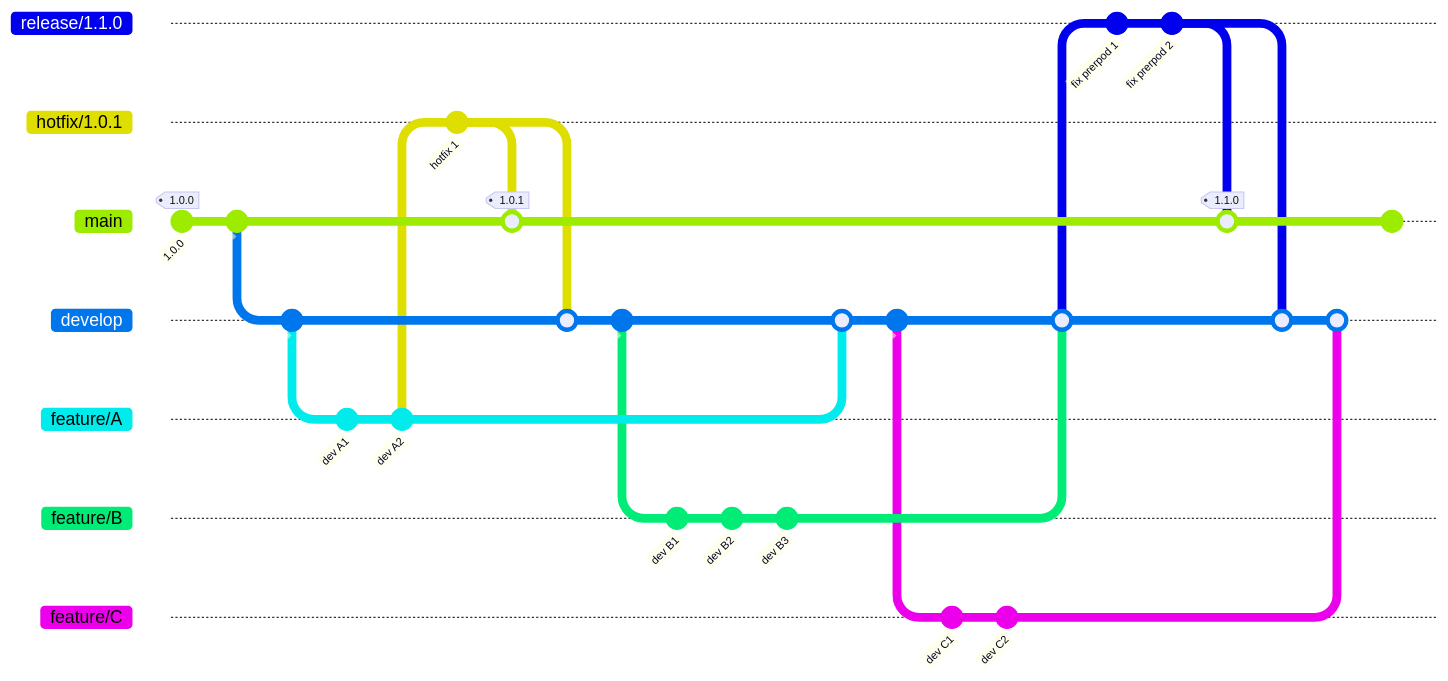
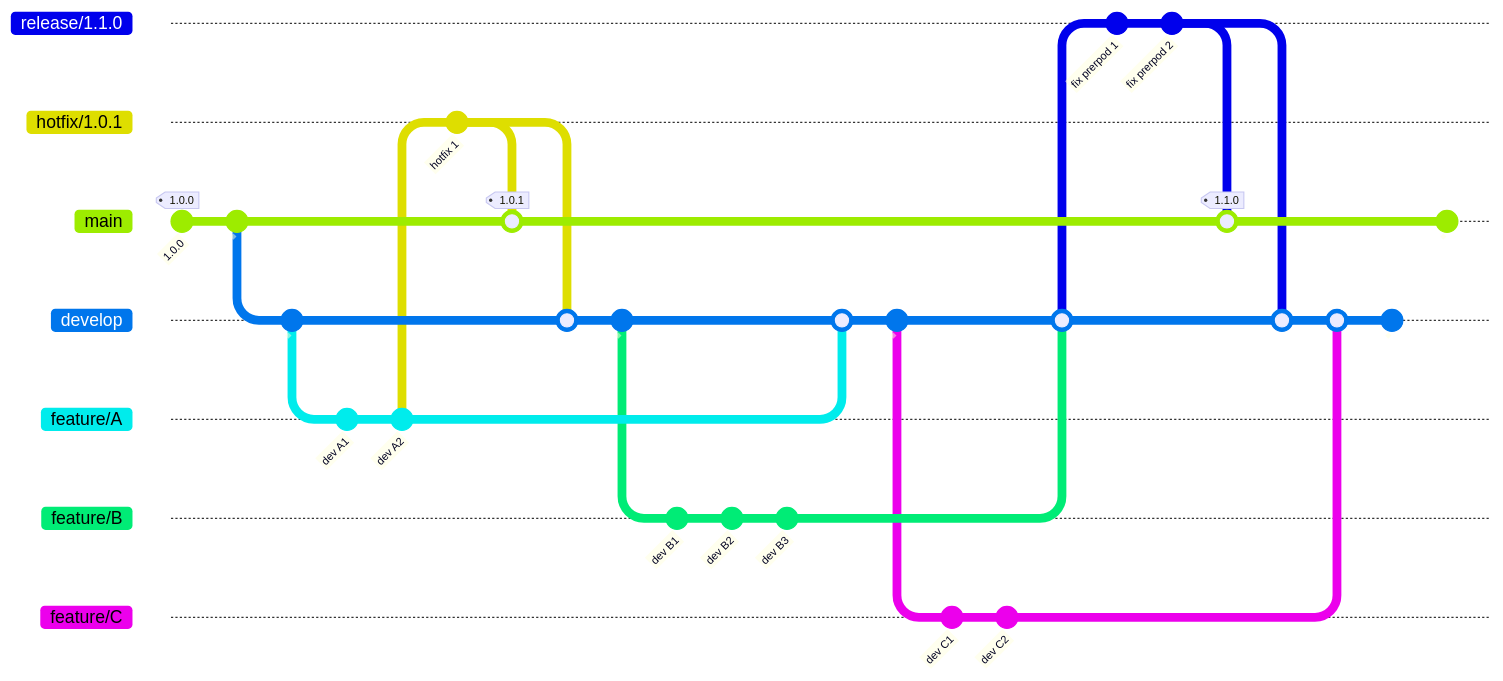
Before and after one commit to Zeguym/DotnetWorkshop: the first of 2 diagrams in docs/process/GitFlowAvh.md, drawn with Mermaid. The commit also changed other lines of this file, not shown here.

````diff
--- a/docs/process/GitFlowAvh.md
+++ b/docs/process/GitFlowAvh.md
@@ -52,58 +52,59 @@
 ```mermaid
 ---
 config:
   gitGraph:
     mainBranchOrder: 2
 ---
       gitGraph
          commit id:"1.0.0" tag:"1.0.0"
          commit id:"   "
          branch develop order: 3
          checkout develop
          commit id:"  "
          branch feature/A order: 4
          commit id:"dev A1"
          commit id:"dev A2"
          
          branch hotfix/1.0.1 order: 1
          commit id:"hotfix 1"
 
          checkout main
          merge hotfix/1.0.1  tag:"1.0.1"
          
          checkout develop
          merge hotfix/1.0.1 
         commit id:"    "
          checkout develop
          branch feature/B order: 5
          commit id:"dev B1"
          commit id:"dev B2"
          commit id:"dev B3"
          
          checkout develop
          merge feature/A
                   
          checkout develop
          commit id:" "
          branch feature/C order: 6
          commit id:"dev C1"
          commit id:"dev C2"
          
          checkout develop
          merge feature/B
         
          branch release/1.1.0 order: 0
          commit id:"fix prerpod 1"
          commit id:"fix prerpod 2"
          
 
 
          checkout main
          merge release/1.1.0 tag: "1.1.0"
 
          checkout develop
          merge release/1.1.0
          merge feature/C
+        commit id:"             "
          checkout main
-         commit id:"         "
+         commit id:"            "
 ```
````
